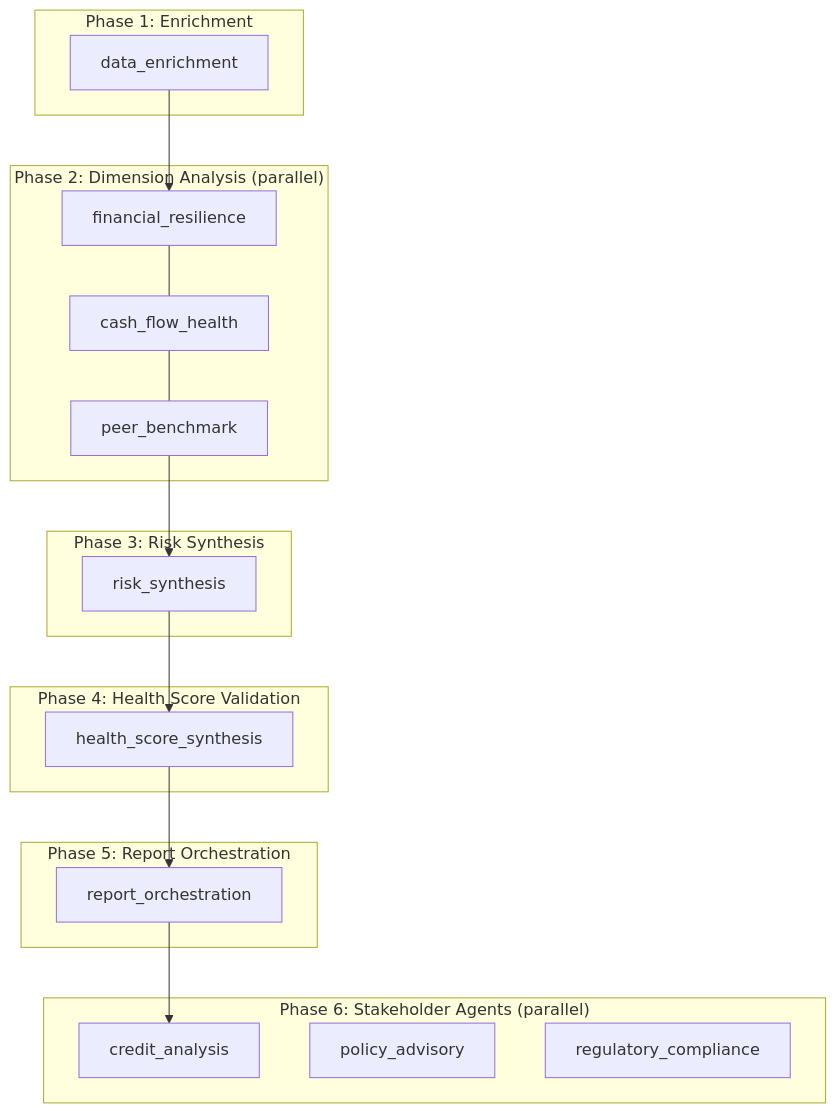
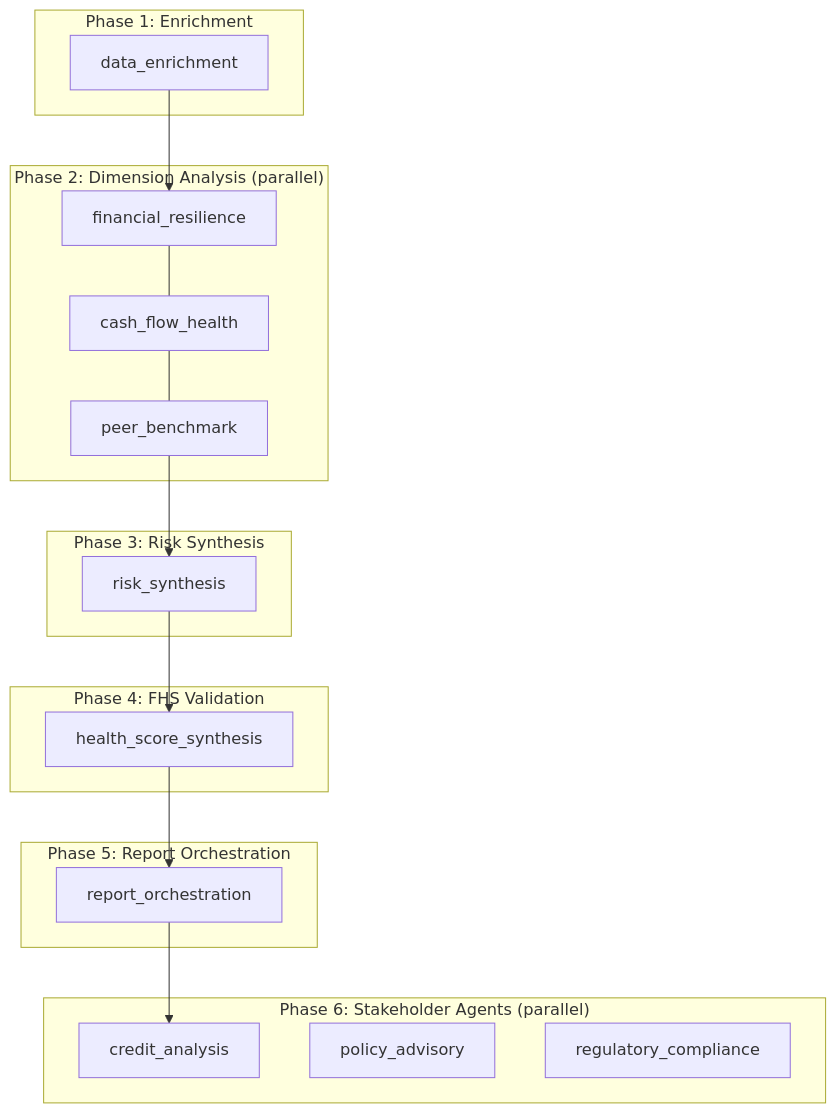
One commit to carbonintelli/FinancialHealthScore changed the diagram in docs/AGENTIC_ARCHITECTURE.md. Above: the diagram before and after it, drawn with Mermaid. The commit also changed other lines of this file and 9 other files, not shown here.

````diff
--- a/docs/AGENTIC_ARCHITECTURE.md
+++ b/docs/AGENTIC_ARCHITECTURE.md
@@ -9,37 +9,37 @@
 ```mermaid
 flowchart TB
     subgraph Phase1["Phase 1: Enrichment"]
         E[data_enrichment]
     end
 
     subgraph Phase2["Phase 2: Dimension Analysis (parallel)"]
         D1[financial_resilience]
         D2[cash_flow_health]
         D20[peer_benchmark]
         D1 --- D2 --- D20
     end
 
     subgraph Phase3["Phase 3: Risk Synthesis"]
         R[risk_synthesis]
     end
 
-    subgraph Phase4["Phase 4: Health Score Validation"]
+    subgraph Phase4["Phase 4: FHS Validation"]
         H[health_score_synthesis]
     end
 
     subgraph Phase5["Phase 5: Report Orchestration"]
         REP[report_orchestration]
     end
 
     subgraph Phase6["Phase 6: Stakeholder Agents (parallel)"]
         C[credit_analysis]
         P[policy_advisory]
         REG[regulatory_compliance]
     end
 
     E --> D1
     D20 --> R
     R --> H
     H --> REP
     REP --> C
 ```
````
